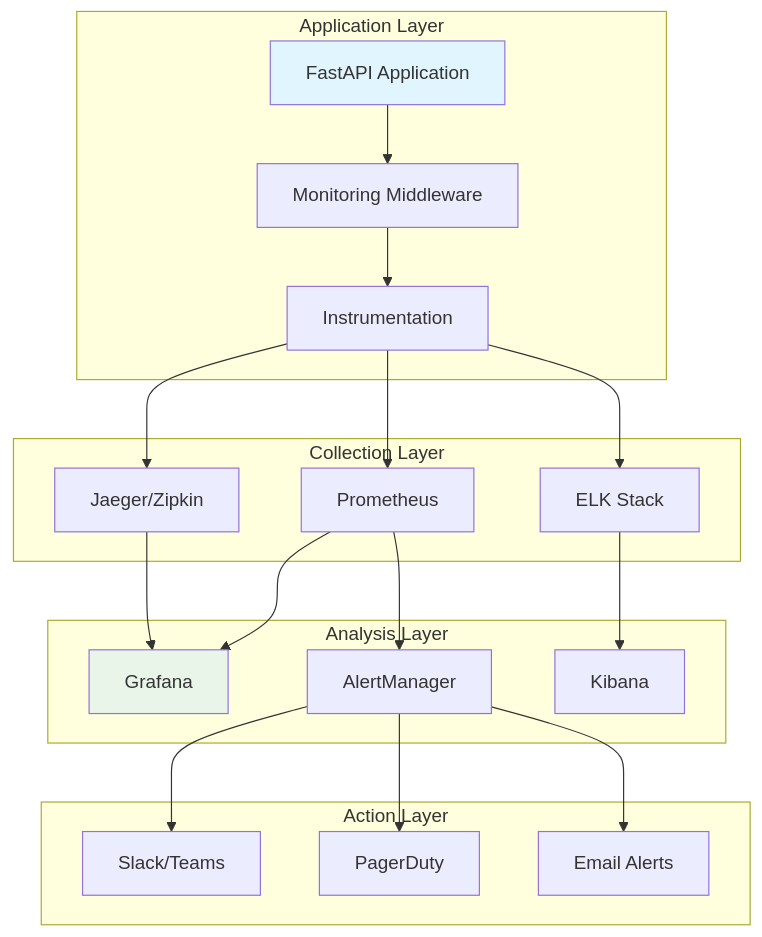
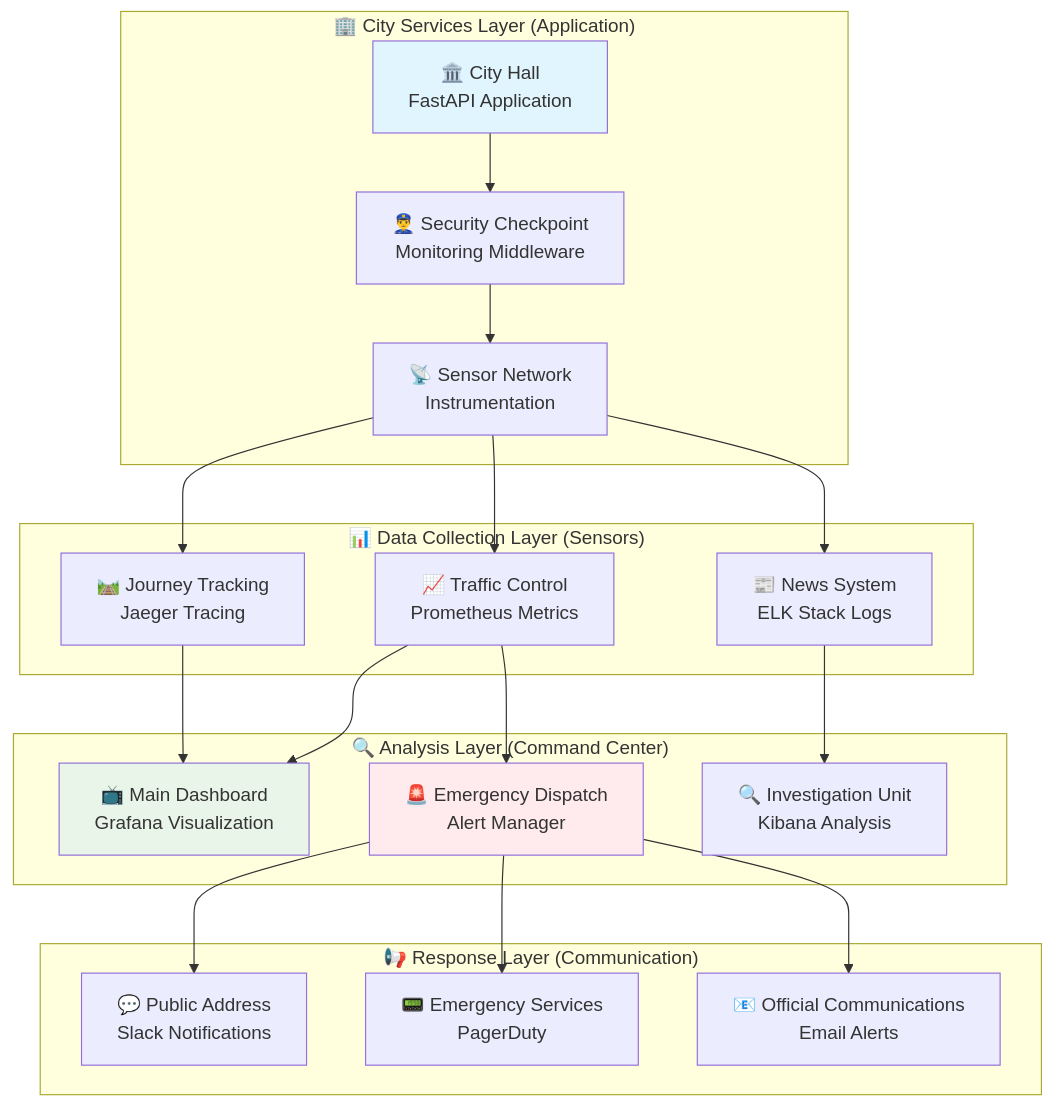
The second of 3 diagrams in app/docs/03_intermediate/07-monitoring-observability/page.mdx (ridwanspace/restful-fastapi-guideline), drawn with Mermaid before and after one commit. The commit also changed other lines of this file and 1 other file, not shown here.

Commit message:
Docs: Overhaul monitoring guide with new analogies; update heatmap prompt

````diff
--- a/app/docs/03_intermediate/07-monitoring-observability/page.mdx
+++ b/app/docs/03_intermediate/07-monitoring-observability/page.mdx
@@ -45,44 +97,45 @@
 ```mermaid
 graph TB
-    subgraph "Application Layer"
-        API[FastAPI Application]
-        MW[Monitoring Middleware]
-        INST[Instrumentation]
+    subgraph "🏢 City Services Layer (Application)"
+        API[🏛️ City Hall<br/>FastAPI Application]
+        MW[👮‍♂️ Security Checkpoint<br/>Monitoring Middleware]
+        INST[📡 Sensor Network<br/>Instrumentation]
     end
     
-    subgraph "Collection Layer"
-        PROM[Prometheus]
-        JAEGER[Jaeger/Zipkin]
-        ELK[ELK Stack]
+    subgraph "📊 Data Collection Layer (Sensors)"
+        PROM[📈 Traffic Control<br/>Prometheus Metrics]
+        JAEGER[🛤️ Journey Tracking<br/>Jaeger Tracing]
+        ELK[📰 News System<br/>ELK Stack Logs]
     end
     
-    subgraph "Analysis Layer"
-        GRAF[Grafana]
-        ALERT[AlertManager]
-        KIBANA[Kibana]
+    subgraph "🔍 Analysis Layer (Command Center)"
+        GRAF[📺 Main Dashboard<br/>Grafana Visualization]
+        ALERT[🚨 Emergency Dispatch<br/>Alert Manager]
+        KIBANA[🔍 Investigation Unit<br/>Kibana Analysis]
     end
     
-    subgraph "Action Layer"
-        SLACK[Slack/Teams]
-        PAGER[PagerDuty]
-        EMAIL[Email Alerts]
+    subgraph "📢 Response Layer (Communication)"
+        SLACK[💬 Public Address<br/>Slack Notifications]
+        PAGER[📟 Emergency Services<br/>PagerDuty]
+        EMAIL[📧 Official Communications<br/>Email Alerts]
     end
     
     API --> MW
     MW --> INST
     INST --> PROM
     INST --> JAEGER
     INST --> ELK
     
     PROM --> GRAF
     PROM --> ALERT
     ELK --> KIBANA
     JAEGER --> GRAF
     
     ALERT --> SLACK
     ALERT --> PAGER
     ALERT --> EMAIL
     
     style API fill:#e1f5fe
     style GRAF fill:#e8f5e8
+    style ALERT fill:#ffebee
 ```
````
